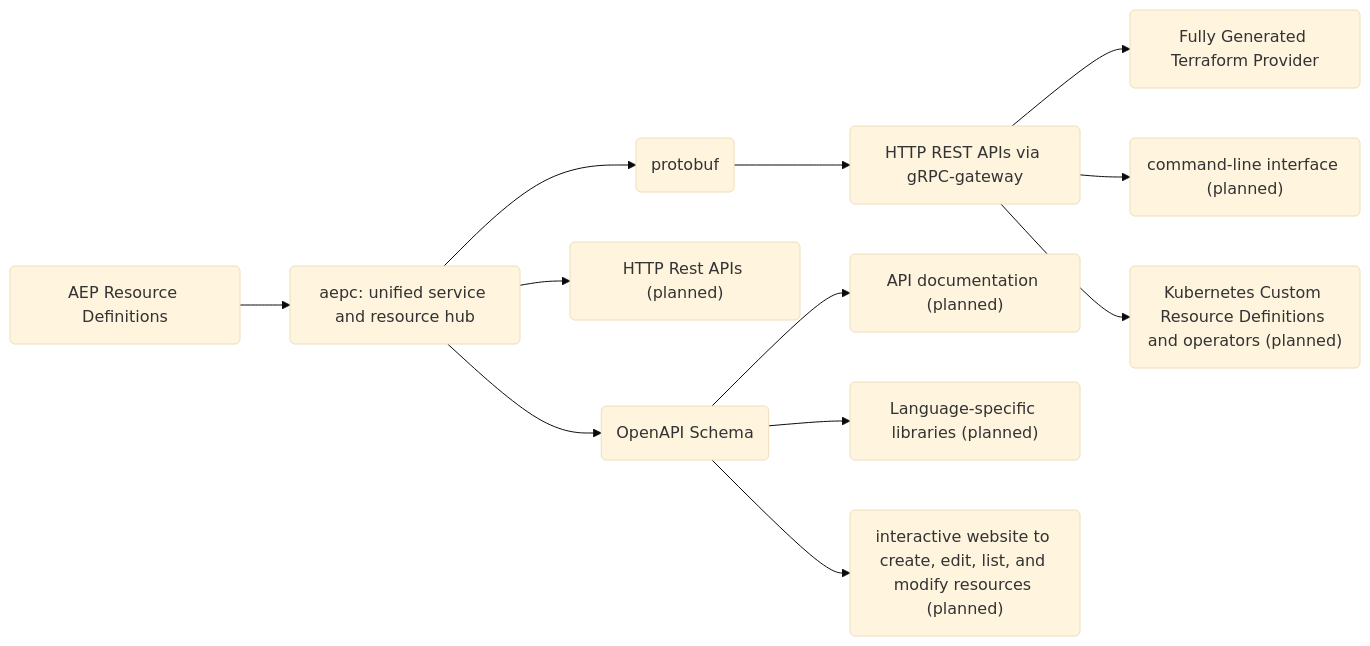
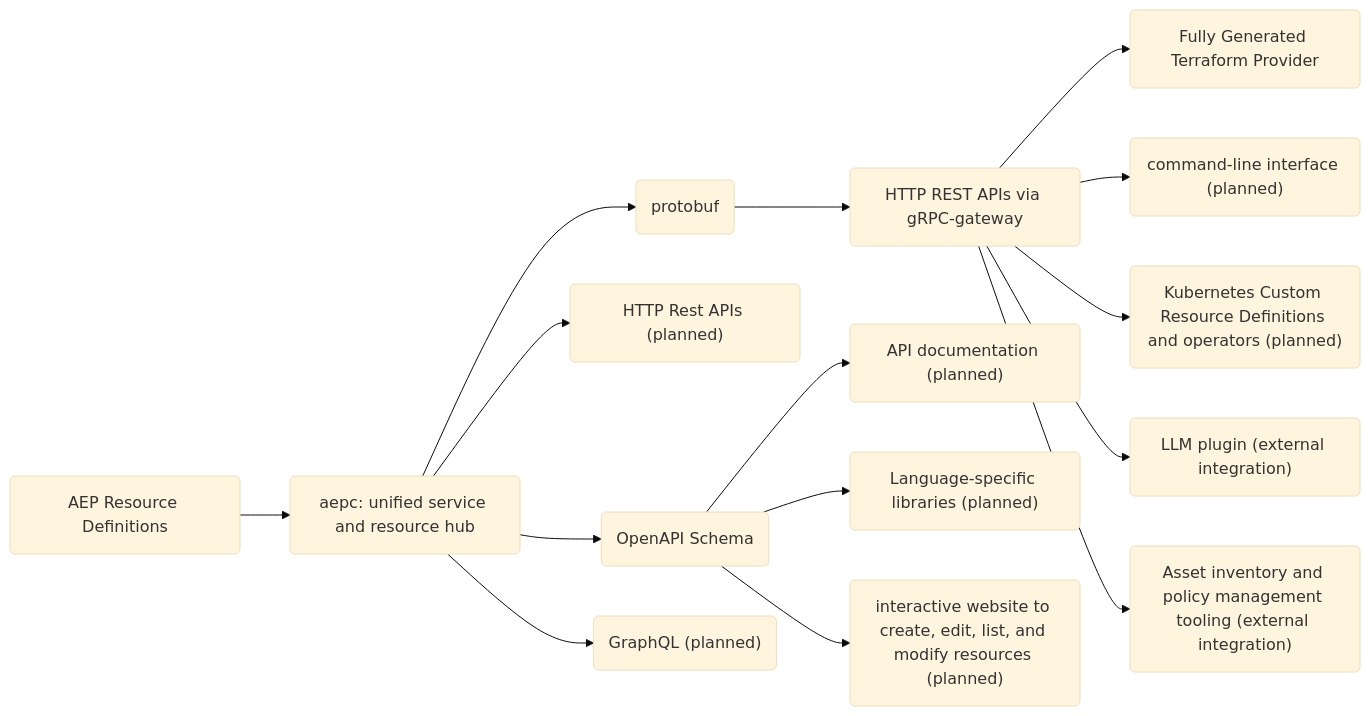
Before and after one commit to aep-dev/aep-monorepo: the diagram in aepc/README.md, drawn with Mermaid (base theme).

Commit message:
feat(diagram): update aepc diagram (#27)
Adding some more clients into the diagram, to
help others understand the ecosystem we are targetting.

````diff
--- a/aepc/README.md
+++ b/aepc/README.md
@@ -13,26 +13,32 @@
 ```mermaid
 flowchart LR
     hub("aepc: unified service and resource hub")
     resources("AEP Resource Definitions")
     proto("protobuf")
     crd("Kubernetes Custom Resource Definitions and operators (planned)")
     http_planned("HTTP Rest APIs (planned)")
     http("HTTP REST APIs via gRPC-gateway")
     openapi("OpenAPI Schema")
     terraform("Fully Generated Terraform Provider")
+    asset_inventory("Asset inventory and policy management tooling (external integration)")
+    llm("LLM plugin (external integration)")
+    graphql("GraphQL (planned)")
     cli("command-line interface (planned)")
     docs("API documentation (planned)")
     sdks("Language-specific libraries (planned)")
     ui("interactive website to create, edit, list, and modify resources (planned)")
     resources --> hub
     hub  --> proto
     hub  --> openapi
     hub  --> http_planned
+    hub --> graphql
     proto --> http
     http --> terraform
     http --> cli
     http --> crd
+    http --> llm
+    http --> asset_inventory
     openapi --> docs
     openapi --> sdks
     openapi --> ui
 ```
````
